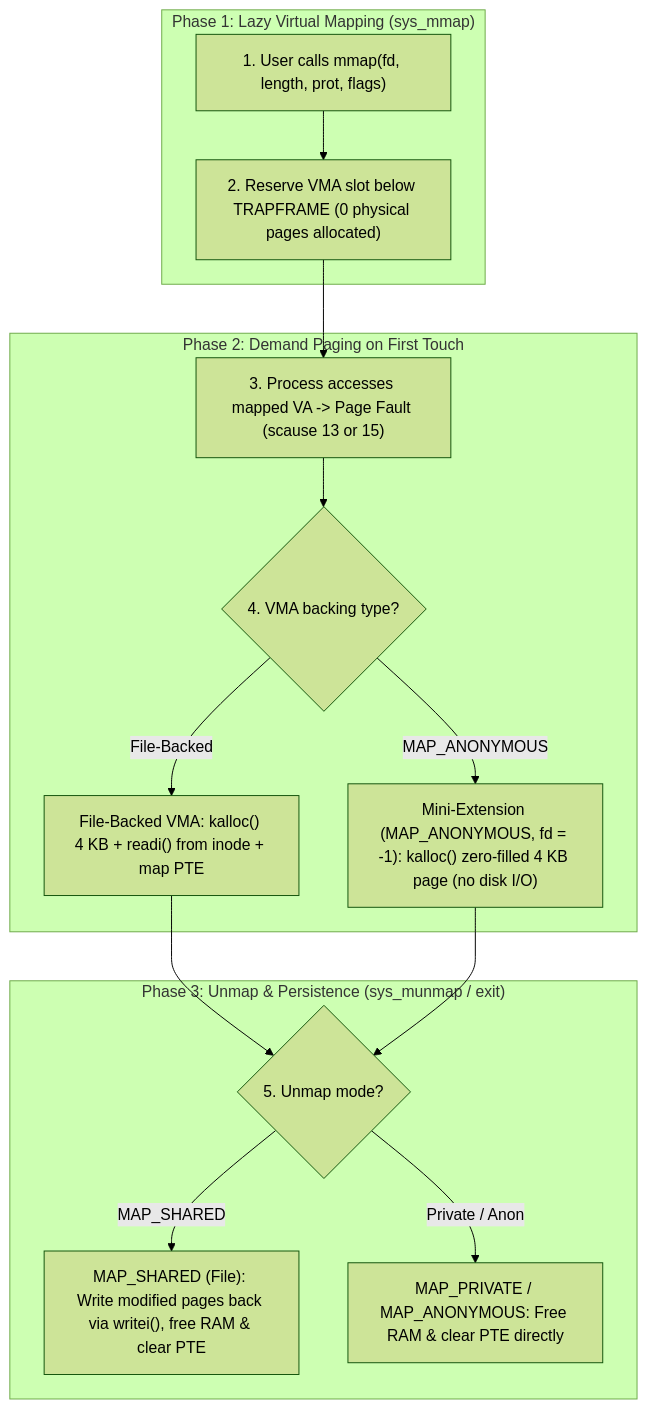
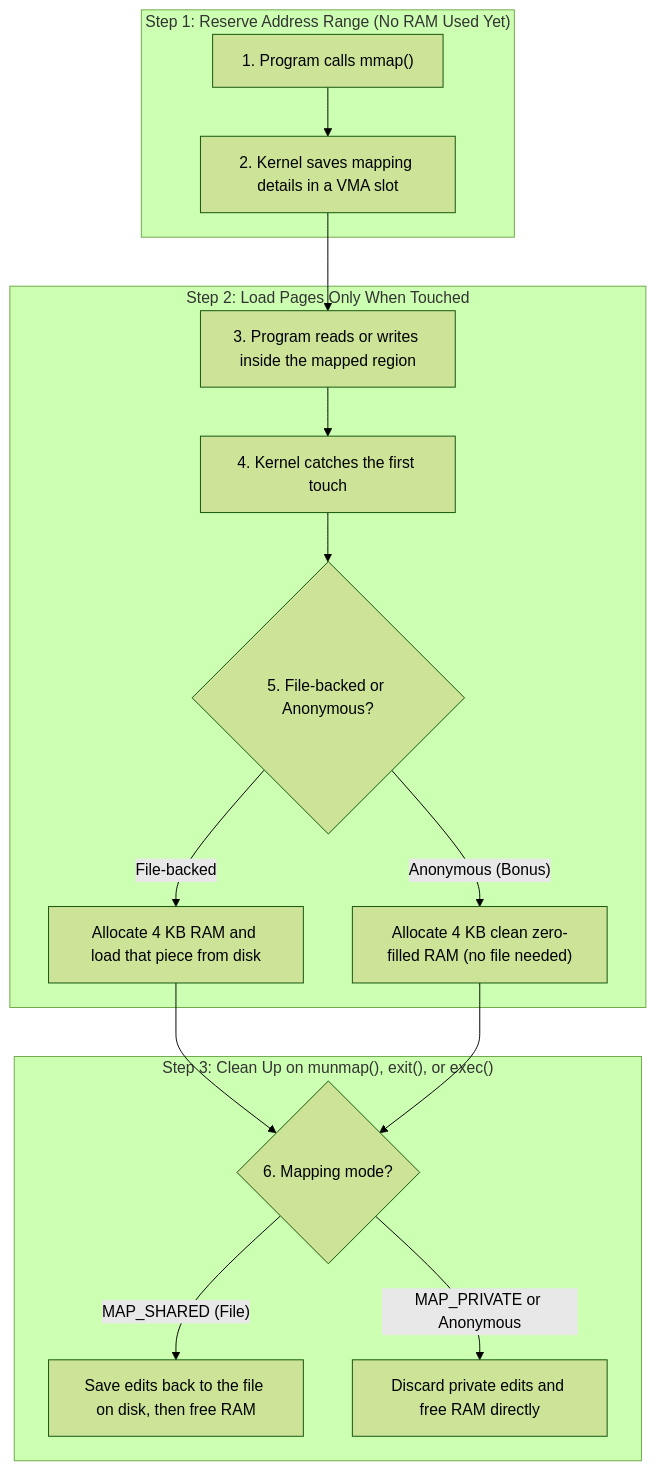
The sixth of 21 diagrams in README.md (asbahkhan67-ctrl/xv6-riscv), drawn with Mermaid (forest theme) before and after one commit. The commit also changed other lines of this file and 159 other files, not shown here.

````diff
--- a/README.md
+++ b/README.md
@@ -354,30 +387,23 @@
 ```mermaid
 flowchart TD
-    subgraph P1["Phase 1: Lazy Virtual Mapping (sys_mmap)"]
-        M1["1. User calls mmap(fd, length, prot, flags)"]
-        M2["2. Reserve VMA slot below TRAPFRAME (0 physical pages allocated)"]
-        M1 --> M2
+    subgraph Step1["Step 1: Reserve Address Range (No RAM Used Yet)"]
+        M1["1. Program calls mmap()"] --> M2["2. Kernel saves mapping details in a VMA slot"]
     end
 
-    subgraph P2["Phase 2: Demand Paging on First Touch"]
-        D1["3. Process accesses mapped VA -> Page Fault (scause 13 or 15)"]
-        D2{"4. VMA backing type?"}
-        D3["File-Backed VMA: kalloc() 4 KB + readi() from inode + map PTE"]
-        D4["Mini-Extension (MAP_ANONYMOUS, fd = -1): kalloc() zero-filled 4 KB page (no disk I/O)"]
-        D1 --> D2
-        D2 -- "File-Backed" --> D3
-        D2 -- "MAP_ANONYMOUS" --> D4
+    subgraph Step2["Step 2: Load Pages Only When Touched"]
+        T1["3. Program reads or writes inside the mapped region"] --> T2["4. Kernel catches the first touch"]
+        T2 --> T3{"5. File-backed or Anonymous?"}
+        T3 -- "File-backed" --> T4["Allocate 4 KB RAM and load that piece from disk"]
+        T3 -- "Anonymous (Bonus)" --> T5["Allocate 4 KB clean zero-filled RAM (no file needed)"]
     end
 
-    subgraph P3["Phase 3: Unmap & Persistence (sys_munmap / exit)"]
-        U1{"5. Unmap mode?"}
-        U2["MAP_SHARED (File): Write modified pages back via writei(), free RAM & clear PTE"]
-        U3["MAP_PRIVATE / MAP_ANONYMOUS: Free RAM & clear PTE directly"]
-        U1 -- "MAP_SHARED" --> U2
-        U1 -- "Private / Anon" --> U3
+    subgraph Step3["Step 3: Clean Up on munmap(), exit(), or exec()"]
+        U1{"6. Mapping mode?"}
+        U1 -- "MAP_SHARED (File)" --> U2["Save edits back to the file on disk, then free RAM"]
+        U1 -- "MAP_PRIVATE or Anonymous" --> U3["Discard private edits and free RAM directly"]
     end
 
-    M2 --> D1
-    D3 --> U1
-    D4 --> U1
+    M2 --> T1
+    T4 --> U1
+    T5 --> U1
 ```
````
